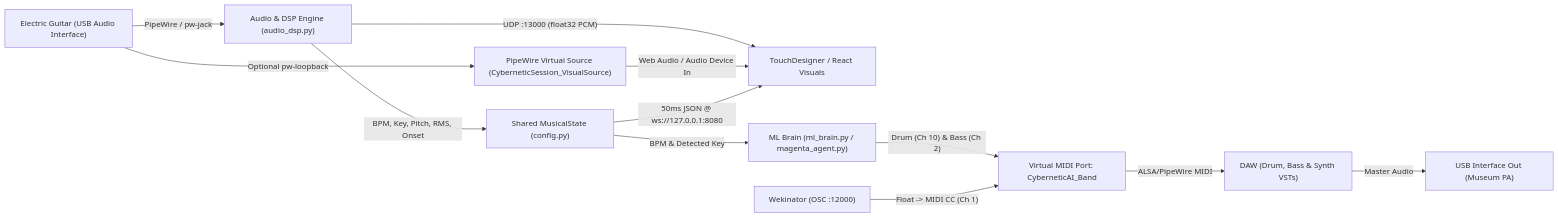
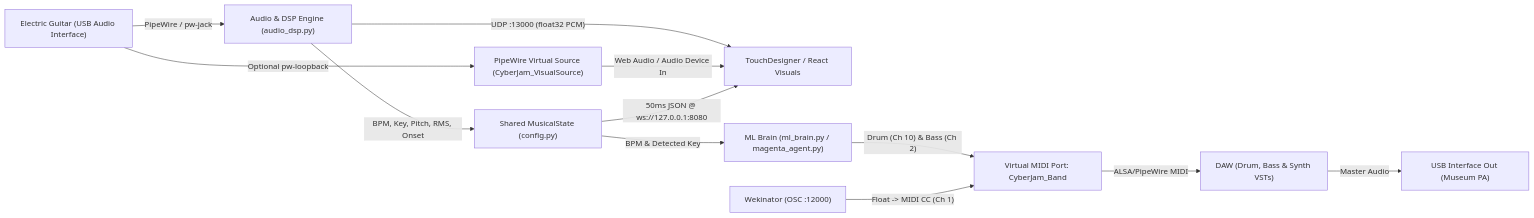
One commit to Liniutz/FootAI changed the diagram in docs/architecture.md. Above: the diagram before and after it, drawn with Mermaid. The commit also changed other lines of this file and 18 other files, not shown here.

Commit message:
refactor: rename project and all identifiers to CyberJam

````diff
--- a/docs/architecture.md
+++ b/docs/architecture.md
@@ -7,18 +7,18 @@
 ```mermaid
 flowchart LR
     Guitar["Electric Guitar (USB Audio Interface)"] -->|"PipeWire / pw-jack"| Ears["Audio & DSP Engine (audio_dsp.py)"]
-    Guitar -->|"Optional pw-loopback"| PWSource["PipeWire Virtual Source (CyberneticSession_VisualSource)"]
+    Guitar -->|"Optional pw-loopback"| PWSource["PipeWire Virtual Source (CyberJam_VisualSource)"]
 
     Ears -->|"UDP :13000 (float32 PCM)"| Visuals["TouchDesigner / React Visuals"]
     PWSource -->|"Web Audio / Audio Device In"| Visuals
 
     Ears -->|"BPM, Key, Pitch, RMS, Onset"| State["Shared MusicalState (config.py)"]
     State -->|"50ms JSON @ ws://127.0.0.1:8080"| Visuals
 
     State -->|"BPM & Detected Key"| Brain["ML Brain (ml_brain.py / magenta_agent.py)"]
-    Brain -->|"Drum (Ch 10) & Bass (Ch 2)"| Hands["Virtual MIDI Port: CyberneticAI_Band"]
+    Brain -->|"Drum (Ch 10) & Bass (Ch 2)"| Hands["Virtual MIDI Port: CyberJam_Band"]
 
     Wek["Wekinator (OSC :12000)"] -->|"Float -> MIDI CC (Ch 1)"| Hands
     Hands -->|"ALSA/PipeWire MIDI"| DAW["DAW (Drum, Bass & Synth VSTs)"]
     DAW -->|"Master Audio"| Speakers["USB Interface Out (Museum PA)"]
 ```
````
